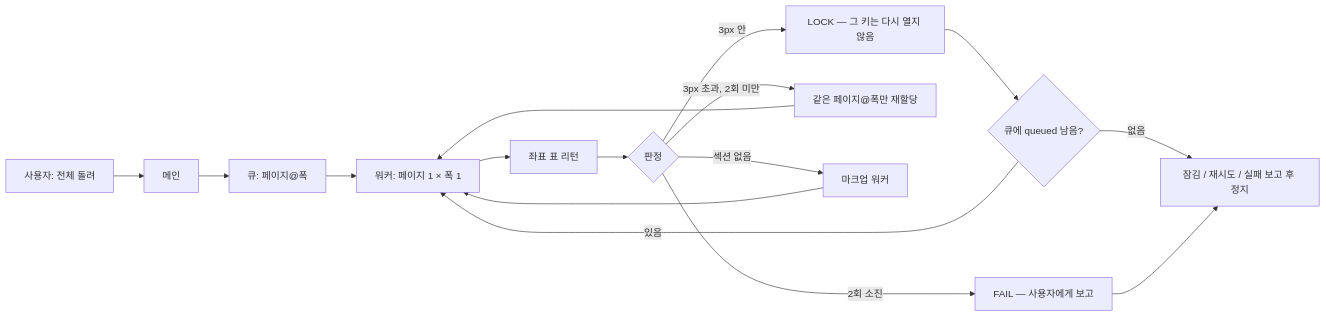
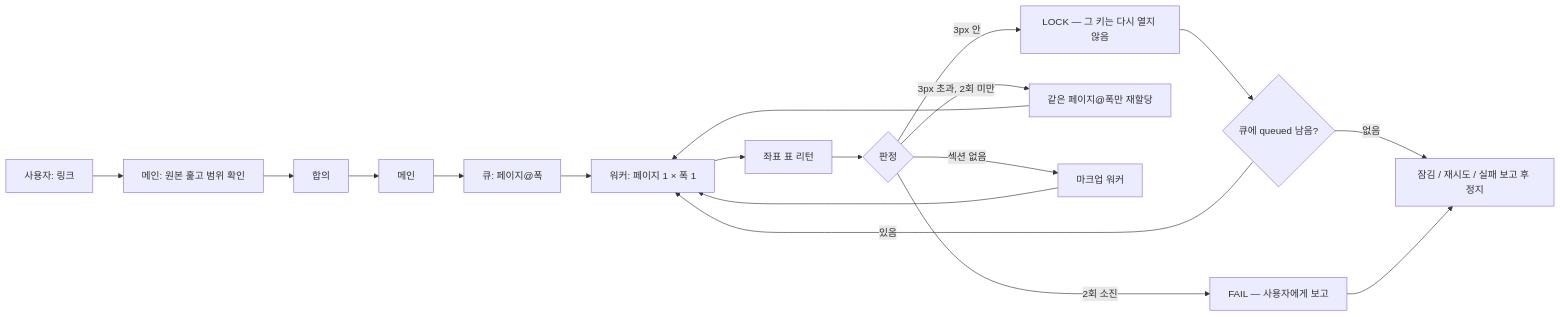
Before and after one commit to pioneer3339/pixel-clone: the second of 3 diagrams in README.md, drawn with Mermaid. The commit also changed other lines of this file and 2 other files, not shown here.

````diff
--- a/README.md
+++ b/README.md
@@ -115,18 +123,20 @@
 ```mermaid
 flowchart LR
-  U[사용자: 전체 돌려] --> P[메인]
+  U[사용자: 링크] --> I[메인: 원본 훑고 범위 확인]
+  I --> U2[합의]
+  U2 --> P[메인]
   P --> Q["큐: 페이지@폭"]
   Q --> W[워커: 페이지 1 × 폭 1]
   W --> T[좌표 표 리턴]
   T --> D{판정}
   D -->|3px 안| L[LOCK — 그 키는 다시 열지 않음]
   D -->|3px 초과, 2회 미만| R[같은 페이지@폭만 재할당]
   D -->|섹션 없음| M[마크업 워커]
   D -->|2회 소진| F[FAIL — 사용자에게 보고]
   R --> W
   M --> W
   L --> N{큐에 queued 남음?}
   N -->|있음| W
   N -->|없음| S[잠김 / 재시도 / 실패 보고 후 정지]
   F --> S
 ```
````
